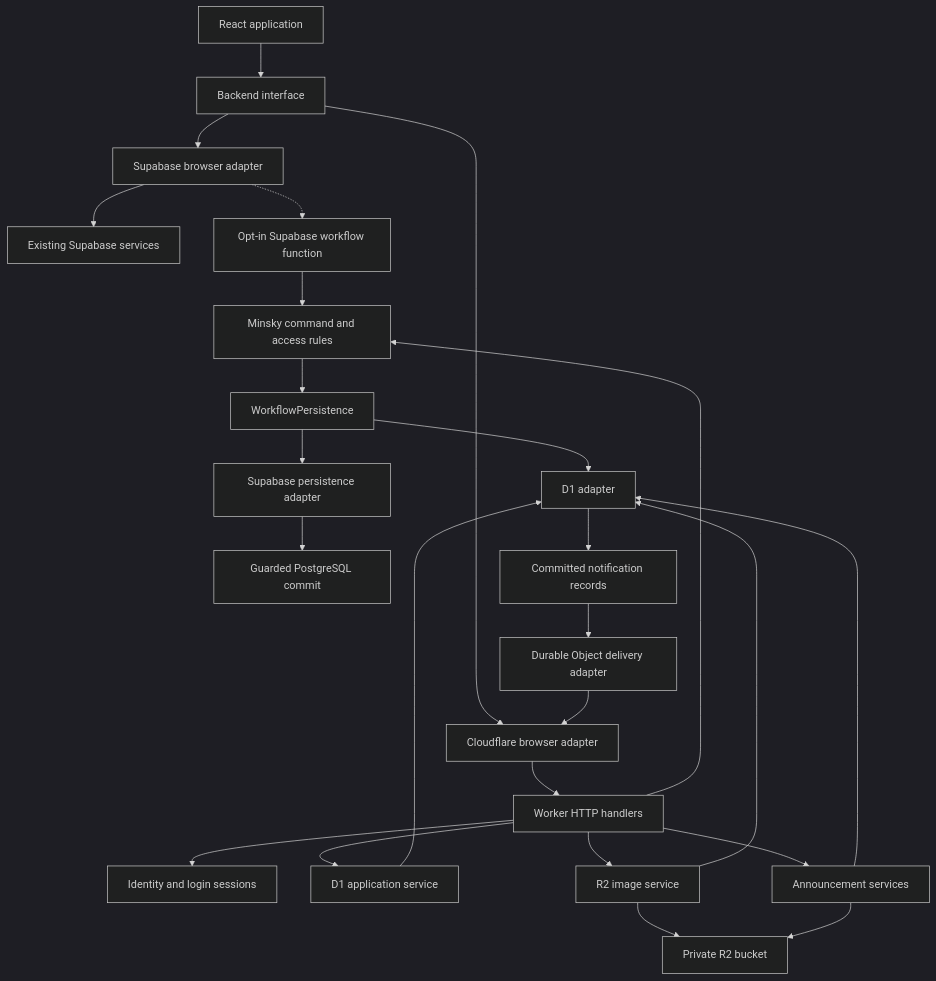
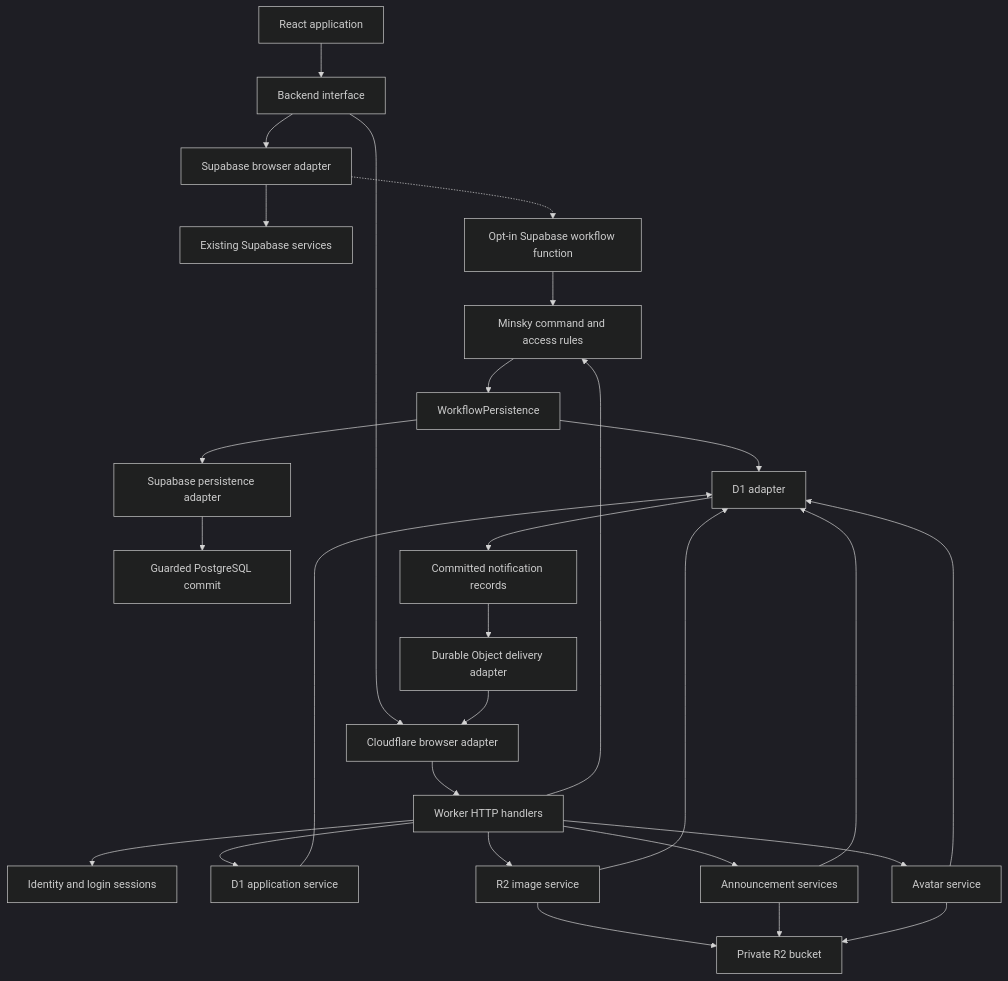
Before and after one commit to icaic-official/contest-support: the diagram in docs/cloudflare-backend-design.md, drawn with Mermaid (dark theme). The commit also changed other lines of this file and 7 other files, not shown here.

````diff
--- a/docs/cloudflare-backend-design.md
+++ b/docs/cloudflare-backend-design.md
@@ -29,27 +29,30 @@
 ```mermaid
 flowchart TD
     UI[React application] --> Contract[Backend interface]
     Contract --> SB[Supabase browser adapter]
     Contract --> CF[Cloudflare browser adapter]
     SB --> Current[Existing Supabase services]
     SB -.-> SF[Opt-in Supabase workflow function]
     SF --> Domain
     CF --> API[Worker HTTP handlers]
     API --> Identity[Identity and login sessions]
     API --> Domain[Minsky command and access rules]
     Domain --> Persistence[WorkflowPersistence]
     Persistence --> D1[D1 adapter]
     Persistence --> SP[Supabase persistence adapter]
     SP --> PG[Guarded PostgreSQL commit]
     API --> Application[D1 application service]
     Application --> D1
     API --> Images[R2 image service]
     Images --> D1
     Images --> R2[Private R2 bucket]
     API --> Announcements[Announcement services]
     Announcements --> D1
     Announcements --> R2
+    API --> Avatars[Avatar service]
+    Avatars --> D1
+    Avatars --> R2
     D1 --> Pending[Committed notification records]
     Pending --> Live[Durable Object delivery adapter]
     Live --> CF
 ```
````
